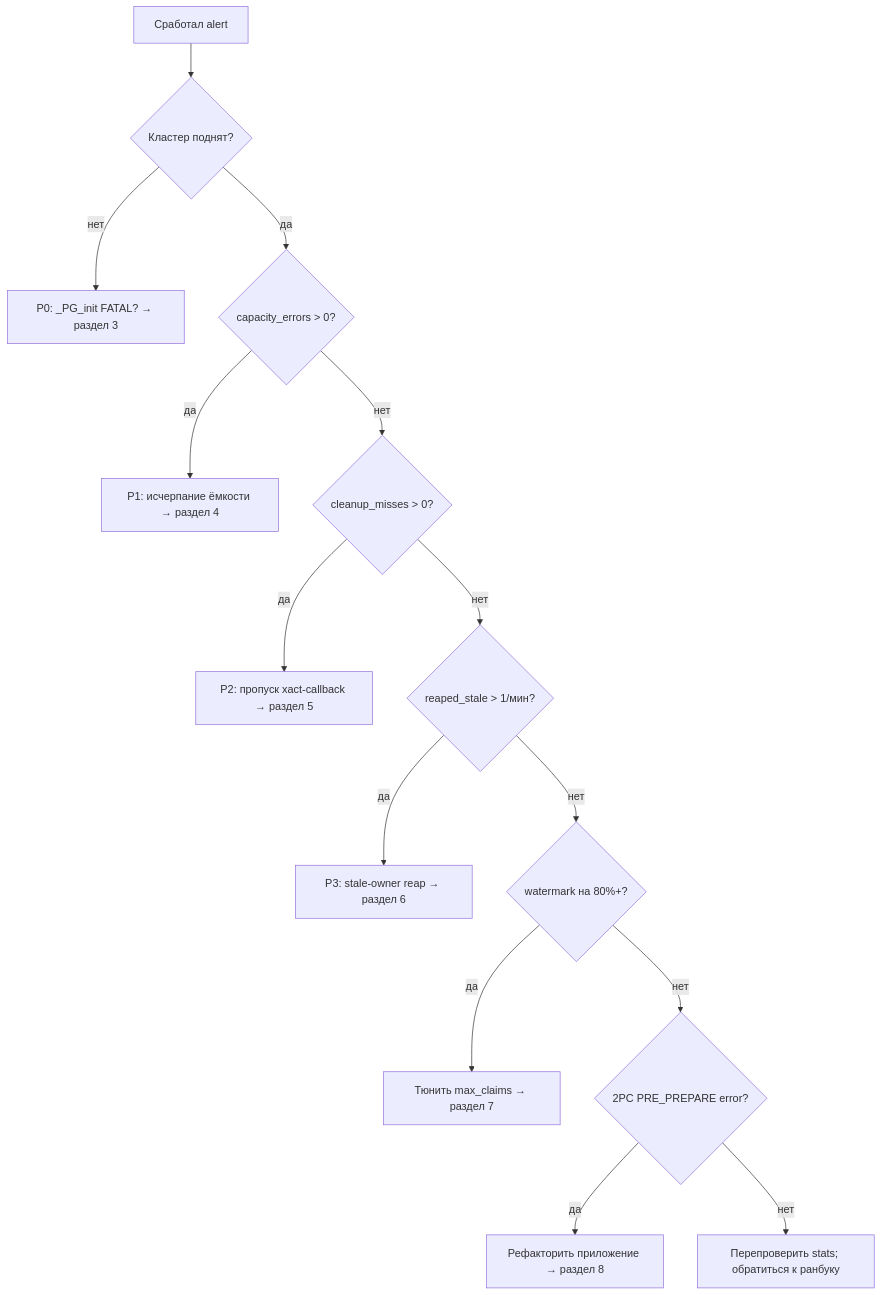
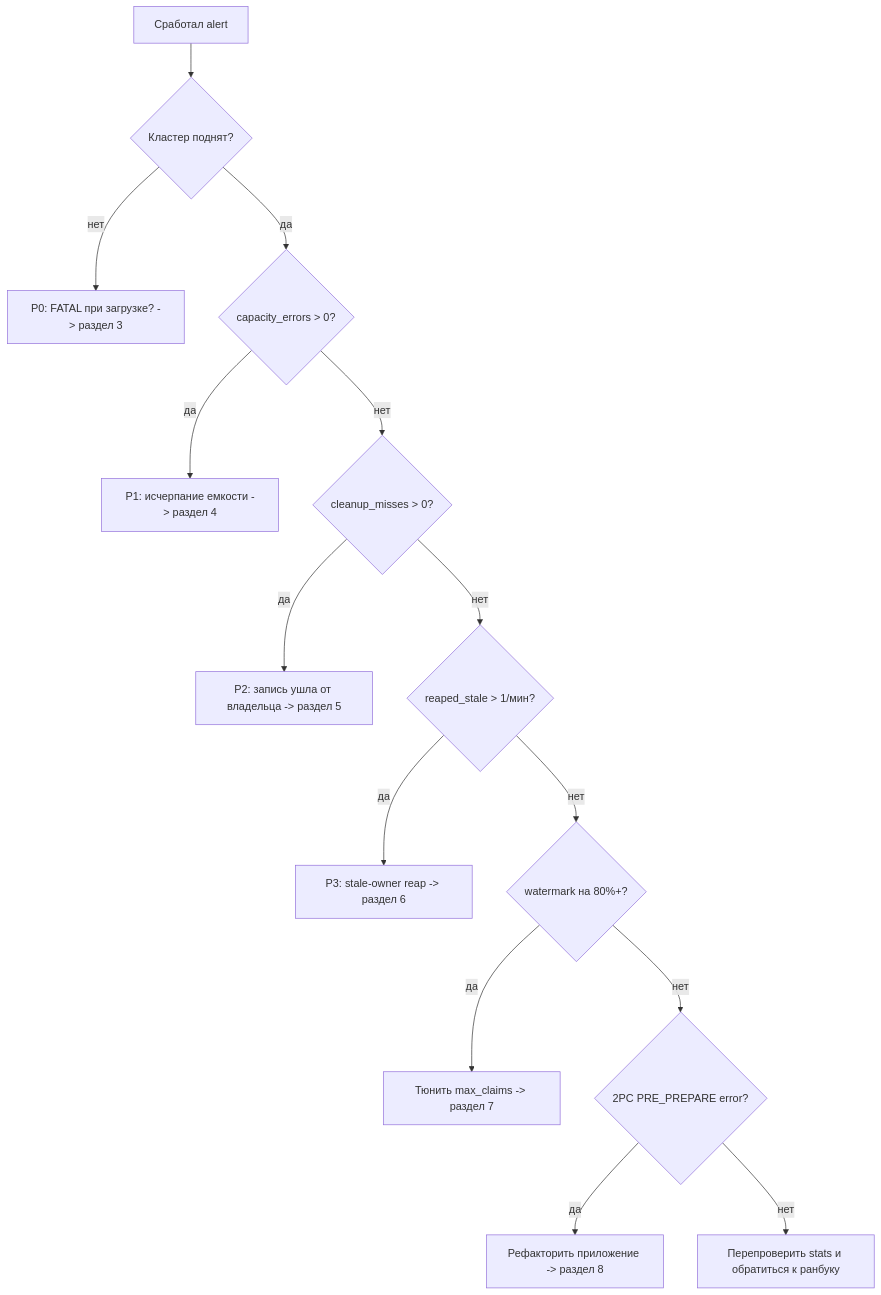
Before and after one commit to Fenoman/pg_xclaim: the first of 2 diagrams in docs/incident-decision-tree.md, drawn with Mermaid. The commit also changed other lines of this file and 104 other files, not shown here.

````diff
--- a/docs/incident-decision-tree.md
+++ b/docs/incident-decision-tree.md
@@ -38,16 +38,16 @@
 ```mermaid
 flowchart TD
     A[Сработал alert] --> B{Кластер поднят?}
-    B -- "нет" --> P0[P0: _PG_init FATAL? → раздел 3]
+    B -- "нет" --> P0["P0: FATAL при загрузке? -> раздел 3"]
     B -- "да" --> C{capacity_errors > 0?}
-    C -- "да" --> P1[P1: исчерпание ёмкости → раздел 4]
+    C -- "да" --> P1["P1: исчерпание емкости -> раздел 4"]
     C -- "нет" --> D{cleanup_misses > 0?}
-    D -- "да" --> P2[P2: пропуск xact-callback → раздел 5]
+    D -- "да" --> P2[P2: запись ушла от владельца -> раздел 5]
     D -- "нет" --> E{reaped_stale > 1/мин?}
-    E -- "да" --> P3[P3: stale-owner reap → раздел 6]
+    E -- "да" --> P3["P3: stale-owner reap -> раздел 6"]
     E -- "нет" --> F{watermark на 80%+?}
-    F -- "да" --> WM[Тюнить max_claims → раздел 7]
+    F -- "да" --> WM["Тюнить max_claims -> раздел 7"]
     F -- "нет" --> G{2PC PRE_PREPARE error?}
-    G -- "да" --> PR[Рефакторить приложение → раздел 8]
-    G -- "нет" --> X[Перепроверить stats; обратиться к ранбуку]
+    G -- "да" --> PR["Рефакторить приложение -> раздел 8"]
+    G -- "нет" --> X[Перепроверить stats и обратиться к ранбуку]
 ```
````
